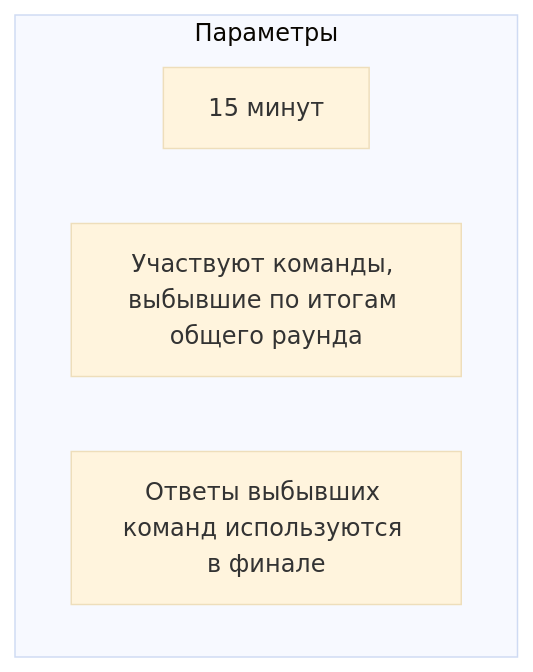
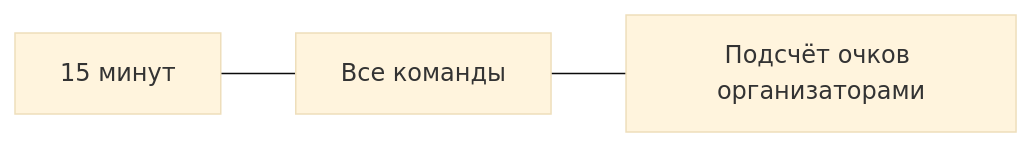
Before and after one commit to CoF-Luke/Game_100_to_1: the third of 7 diagrams in README.md, drawn with Mermaid (base theme). The commit also changed other lines of this file and 2 other files, not shown here.

````diff
--- a/README.md
+++ b/README.md
@@ -107,8 +103,4 @@
 ```mermaid
-graph TD
-    subgraph Параметры
-        P1["15 минут"]
-        P2["Участвуют команды, выбывшие по итогам общего раунда"]
-        P3["Ответы выбывших команд используются в финале"]
-    end
+graph LR
+    P1["15 минут"] --- P2["Все команды"] --- P3["Подсчёт очков организаторами"]
 ```
````
